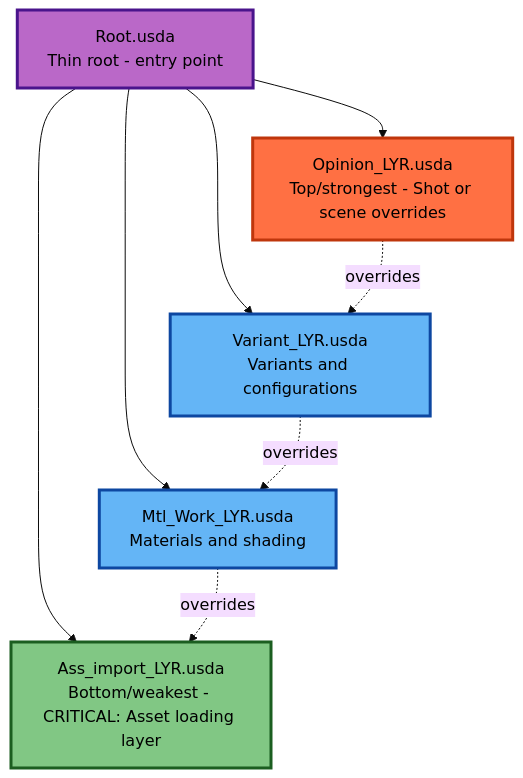
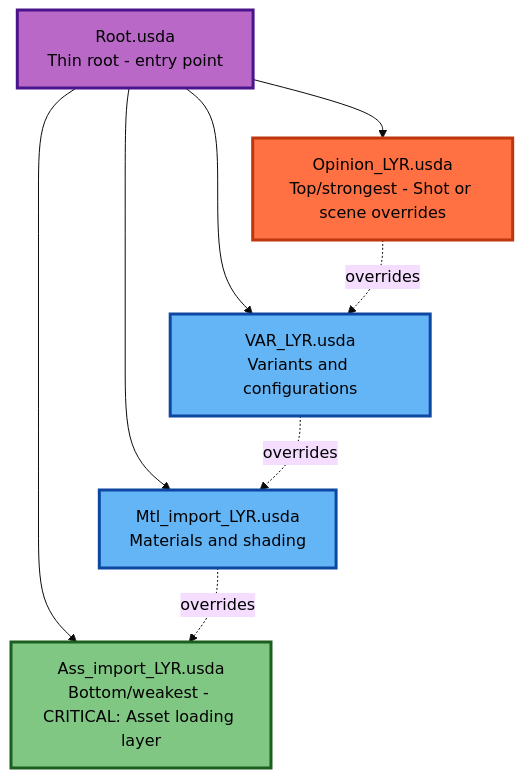
The seventh of 18 diagrams in WIP_Docs/OpenUSD_Best_Practices_Guide (17).md (jph2/USD_GoodStart), drawn with Mermaid (base theme) before and after one commit. The commit also changed other lines of this file and 1 other file, not shown here.

````diff
--- a/WIP_Docs/OpenUSD_Best_Practices_Guide (17).md
+++ b/WIP_Docs/OpenUSD_Best_Practices_Guide (17).md
@@ -1294,22 +1294,22 @@
 ```mermaid
 flowchart TD
     Root[Root.usda<br/>Thin root - entry point]:::root
     Opinion[Opinion_LYR.usda<br/>Top/strongest - Shot or scene overrides]:::strong
-    Variant[Variant_LYR.usda<br/>Variants and configurations]:::medium
-    Material[Mtl_Work_LYR.usda<br/>Materials and shading]:::medium
+    Variant[VAR_LYR.usda<br/>Variants and configurations]:::medium
+    Material[Mtl_import_LYR.usda<br/>Materials and shading]:::medium
     AssetImport[Ass_import_LYR.usda<br/>Bottom/weakest - CRITICAL: Asset loading layer]:::weak
     
     Root --> Opinion
     Root --> Variant
     Root --> Material
     Root --> AssetImport
     
     Opinion -.->|overrides| Variant
     Variant -.->|overrides| Material
     Material -.->|overrides| AssetImport
     
     classDef root fill:#ba68c8,stroke:#4a148c,stroke-width:3px,color:#000;
     classDef strong fill:#ff7043,stroke:#bf360c,stroke-width:3px,color:#000;
     classDef medium fill:#64b5f6,stroke:#0d47a1,stroke-width:3px,color:#000;
     classDef weak fill:#81c784,stroke:#1b5e20,stroke-width:3px,color:#000;
 ```
````
